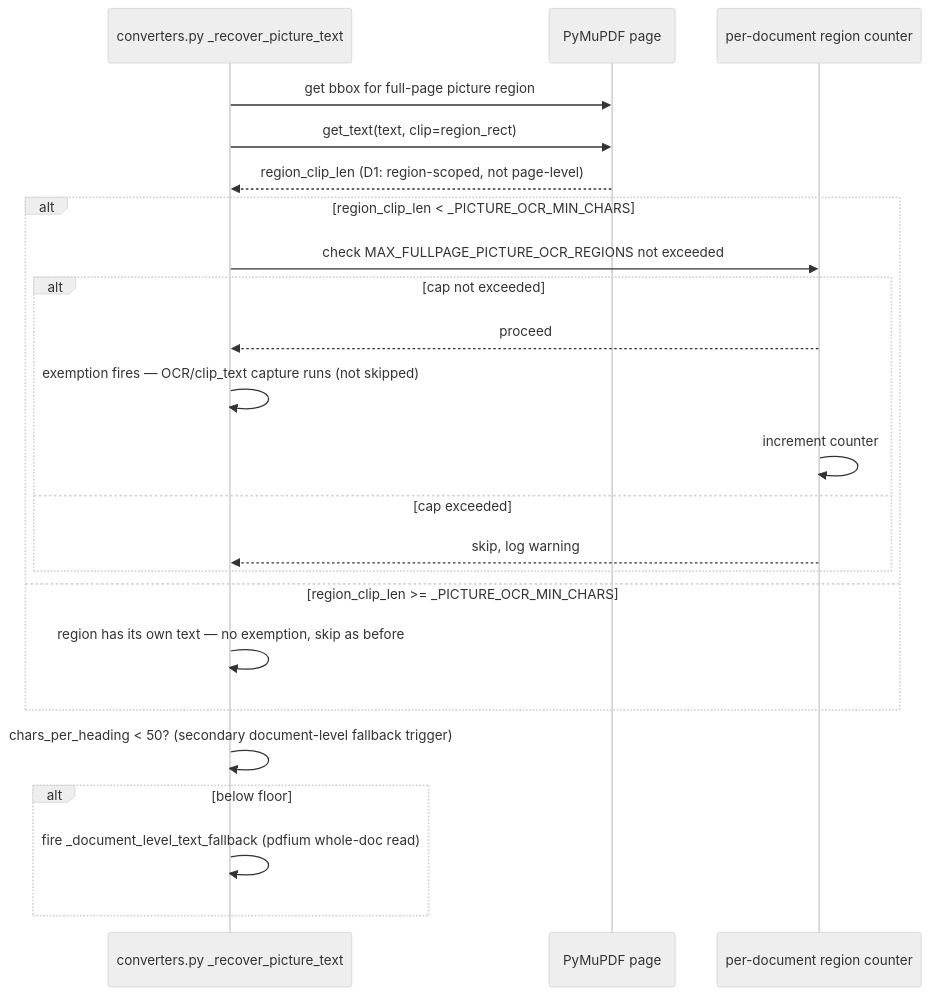
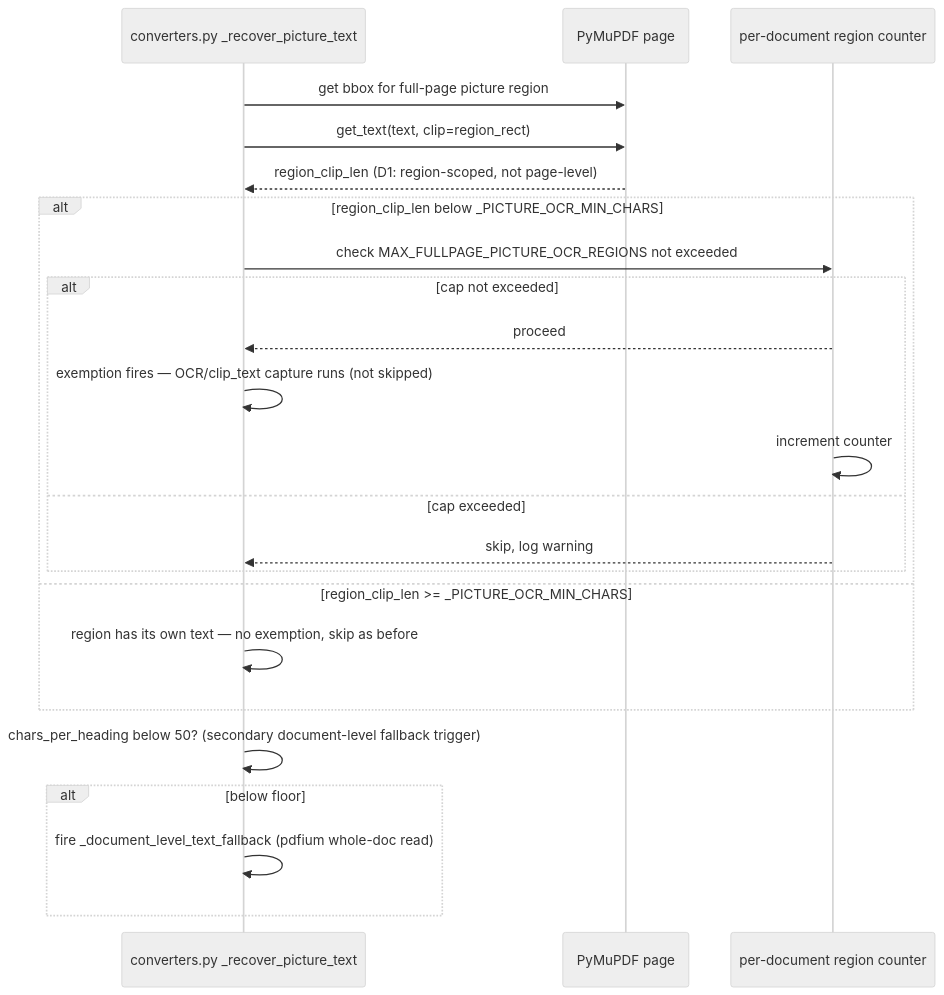
One commit to trehansalil/pageindex changed the third of 5 diagrams in .agents/designs/design-rfc025-run8-verdict-hysteresis-and-recovery-coverage.md. Above: the diagram before and after it, drawn with Mermaid (neutral theme). The commit also changed other lines of this file and 9 other files, not shown here.

````diff
--- a/.agents/designs/design-rfc025-run8-verdict-hysteresis-and-recovery-coverage.md
+++ b/.agents/designs/design-rfc025-run8-verdict-hysteresis-and-recovery-coverage.md
@@ -166,26 +166,26 @@
 ```mermaid
 sequenceDiagram
   participant Conv as converters.py _recover_picture_text
   participant Page as PyMuPDF page
   participant Cap as per-document region counter
 
   Conv->>Page: get bbox for full-page picture region
   Conv->>Page: get_text(text, clip=region_rect)
   Page-->>Conv: region_clip_len (D1: region-scoped, not page-level)
-  alt region_clip_len < _PICTURE_OCR_MIN_CHARS
+  alt region_clip_len below _PICTURE_OCR_MIN_CHARS
     Conv->>Cap: check MAX_FULLPAGE_PICTURE_OCR_REGIONS not exceeded
     alt cap not exceeded
       Cap-->>Conv: proceed
       Conv->>Conv: exemption fires — OCR/clip_text capture runs (not skipped)
       Cap->>Cap: increment counter
     else cap exceeded
       Cap-->>Conv: skip, log warning
     end
   else region_clip_len >= _PICTURE_OCR_MIN_CHARS
     Conv->>Conv: region has its own text — no exemption, skip as before
   end
-  Conv->>Conv: chars_per_heading < 50? (secondary document-level fallback trigger)
+  Conv->>Conv: chars_per_heading below 50? (secondary document-level fallback trigger)
   alt below floor
     Conv->>Conv: fire _document_level_text_fallback (pdfium whole-doc read)
   end
 ```
````
